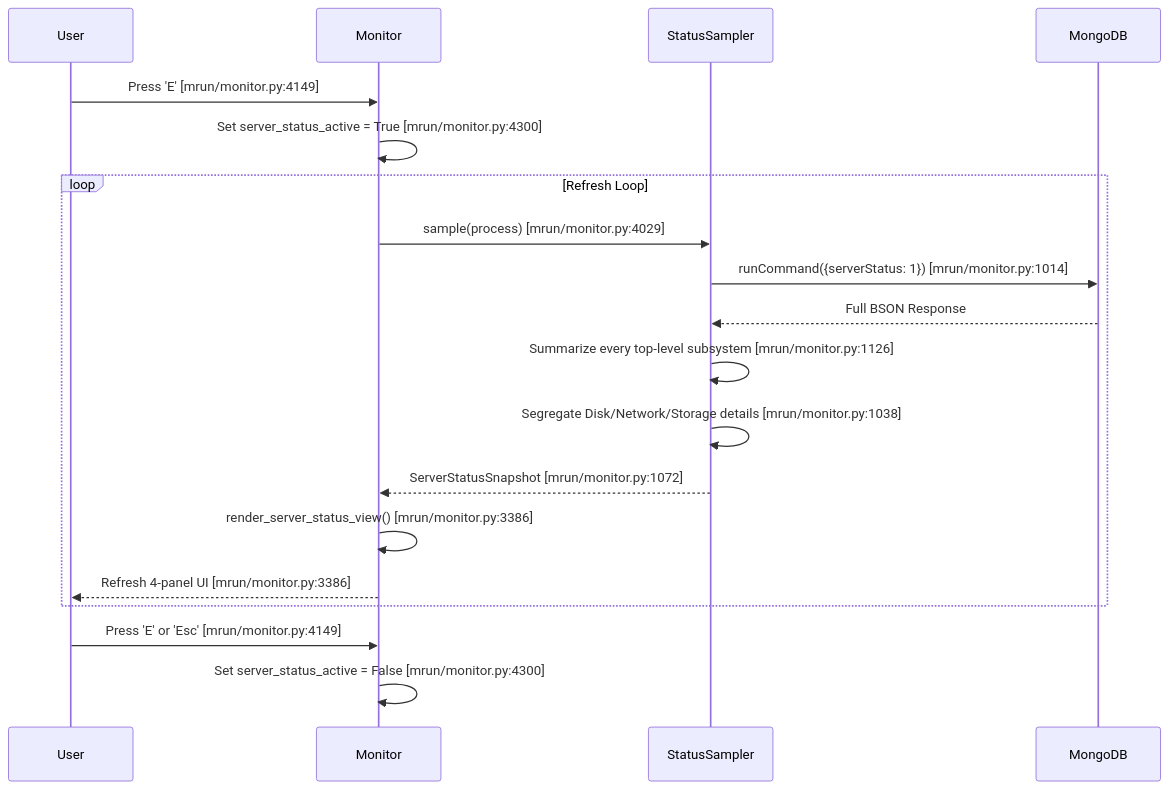
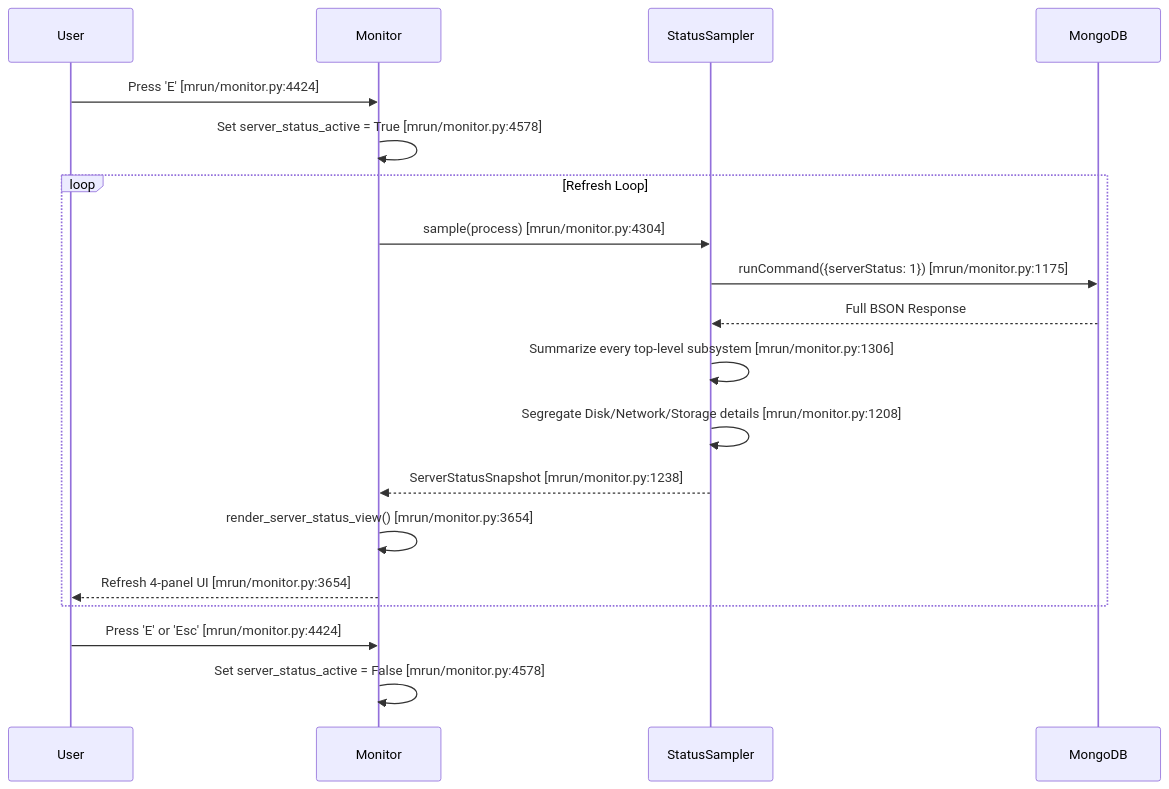
Before and after one commit to mongodb/mlaunch: the fifth of 13 diagrams in doc/feature-monitor-guide.md, drawn with Mermaid. The commit also changed other lines of this file and 2 other files, not shown here.

Commit message:
docs: document normalized monitor cpu

````diff
--- a/doc/feature-monitor-guide.md
+++ b/doc/feature-monitor-guide.md
@@ -560,22 +564,22 @@
 ```mermaid
 sequenceDiagram
     participant User
     participant Monitor
     participant StatusSampler
     participant Mongo as MongoDB
 
-    User->>Monitor: Press 'E' [mrun/monitor.py:4149]
-    Monitor->>Monitor: Set server_status_active = True [mrun/monitor.py:4300]
+    User->>Monitor: Press 'E' [mrun/monitor.py:4424]
+    Monitor->>Monitor: Set server_status_active = True [mrun/monitor.py:4578]
     loop Refresh Loop
-        Monitor->>StatusSampler: sample(process) [mrun/monitor.py:4029]
-        StatusSampler->>Mongo: runCommand({serverStatus: 1}) [mrun/monitor.py:1014]
+        Monitor->>StatusSampler: sample(process) [mrun/monitor.py:4304]
+        StatusSampler->>Mongo: runCommand({serverStatus: 1}) [mrun/monitor.py:1175]
         Mongo-->>StatusSampler: Full BSON Response
-        StatusSampler->>StatusSampler: Summarize every top-level subsystem [mrun/monitor.py:1126]
-        StatusSampler->>StatusSampler: Segregate Disk/Network/Storage details [mrun/monitor.py:1038]
-        StatusSampler-->>Monitor: ServerStatusSnapshot [mrun/monitor.py:1072]
-        Monitor->>Monitor: render_server_status_view() [mrun/monitor.py:3386]
-        Monitor-->>User: Refresh 4-panel UI [mrun/monitor.py:3386]
+        StatusSampler->>StatusSampler: Summarize every top-level subsystem [mrun/monitor.py:1306]
+        StatusSampler->>StatusSampler: Segregate Disk/Network/Storage details [mrun/monitor.py:1208]
+        StatusSampler-->>Monitor: ServerStatusSnapshot [mrun/monitor.py:1238]
+        Monitor->>Monitor: render_server_status_view() [mrun/monitor.py:3654]
+        Monitor-->>User: Refresh 4-panel UI [mrun/monitor.py:3654]
     end
-    User->>Monitor: Press 'E' or 'Esc' [mrun/monitor.py:4149]
-    Monitor->>Monitor: Set server_status_active = False [mrun/monitor.py:4300]
+    User->>Monitor: Press 'E' or 'Esc' [mrun/monitor.py:4424]
+    Monitor->>Monitor: Set server_status_active = False [mrun/monitor.py:4578]
 ```
````
